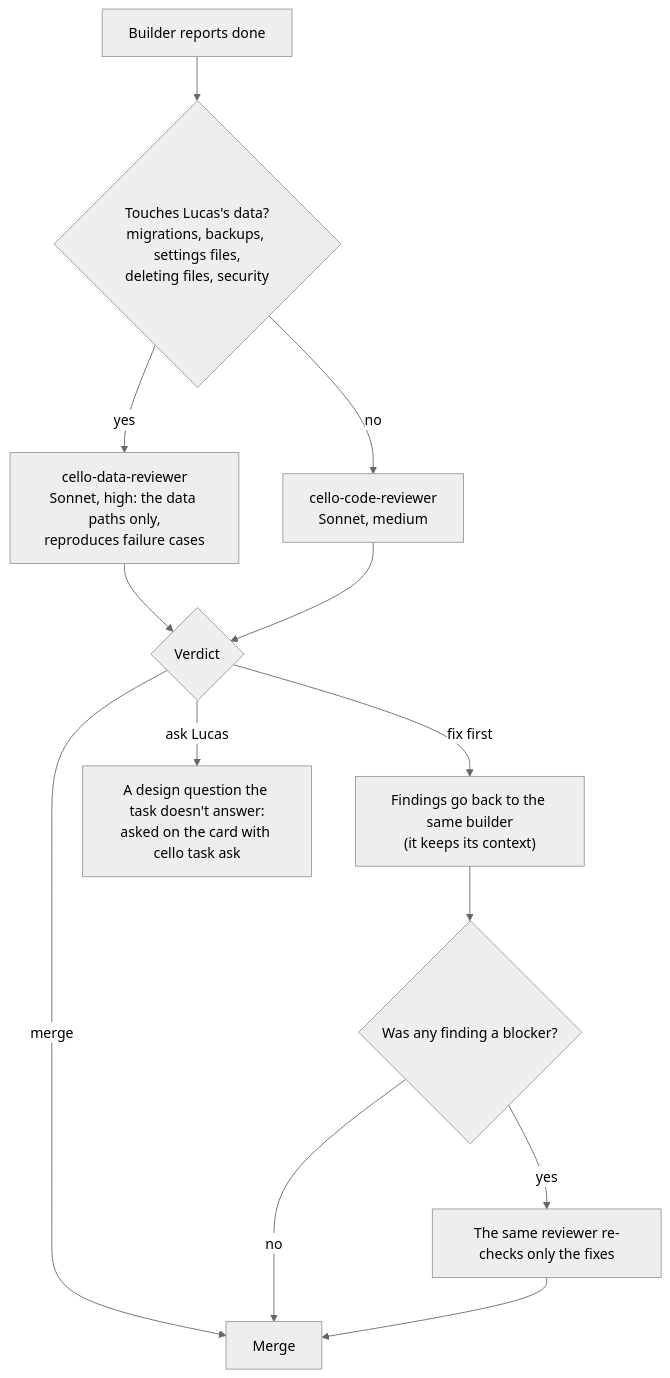
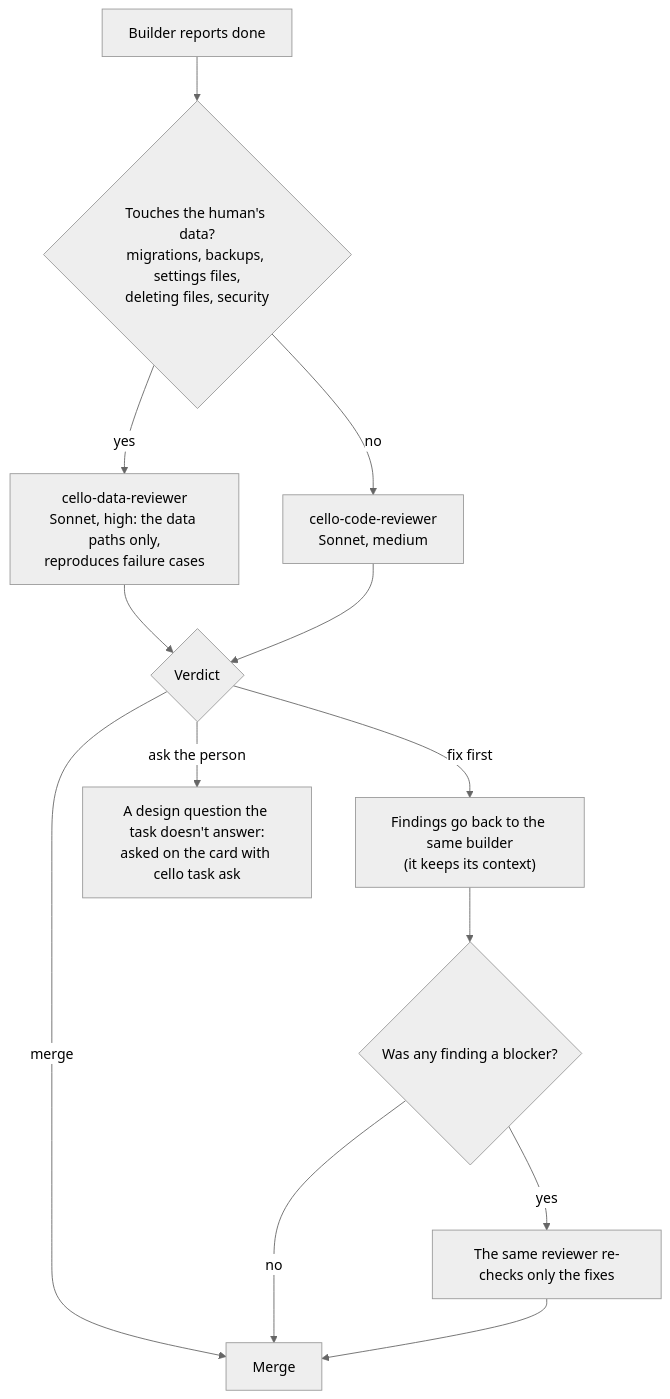
One commit to lnmunhoz/cello changed the third of 5 diagrams in docs/feature-lifecycle.md. Above: the diagram before and after it, drawn with Mermaid (neutral theme). The commit also changed other lines of this file and 17 other files, not shown here.

First line of the commit message:
docs: agents say "the human", not Lucas; the unknown user is "Human" (CEL-182)

````diff
--- a/docs/feature-lifecycle.md
+++ b/docs/feature-lifecycle.md
@@ -122,15 +122,15 @@
 ```mermaid
 flowchart TD
-    A["Builder reports done"] --> B{"Touches Lucas's data?<br/>migrations, backups, settings files,<br/>deleting files, security"}
+    A["Builder reports done"] --> B{"Touches the human's data?<br/>migrations, backups, settings files,<br/>deleting files, security"}
     B -->|yes| DR["cello-data-reviewer<br/>Sonnet, high: the data paths only,<br/>reproduces failure cases"]
     B -->|no| CR["cello-code-reviewer<br/>Sonnet, medium"]
     DR --> V{"Verdict"}
     CR --> V
     V -->|merge| M["Merge"]
     V -->|fix first| F["Findings go back to the same builder<br/>(it keeps its context)"]
     F --> X{"Was any finding a blocker?"}
     X -->|yes| R["The same reviewer re-checks only the fixes"]
     X -->|no| M
     R --> M
-    V -->|ask Lucas| Q["A design question the task doesn't answer:<br/>asked on the card with cello task ask"]
+    V -->|ask the person| Q["A design question the task doesn't answer:<br/>asked on the card with cello task ask"]
 ```
````
